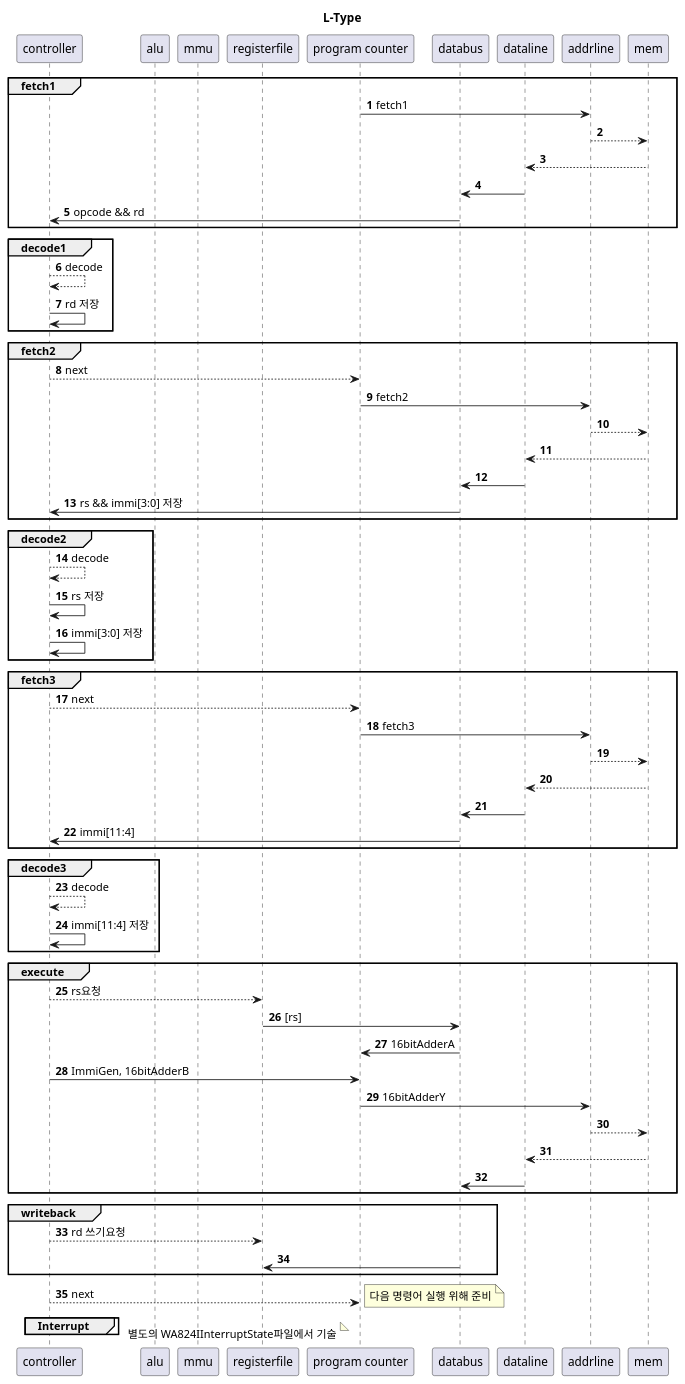
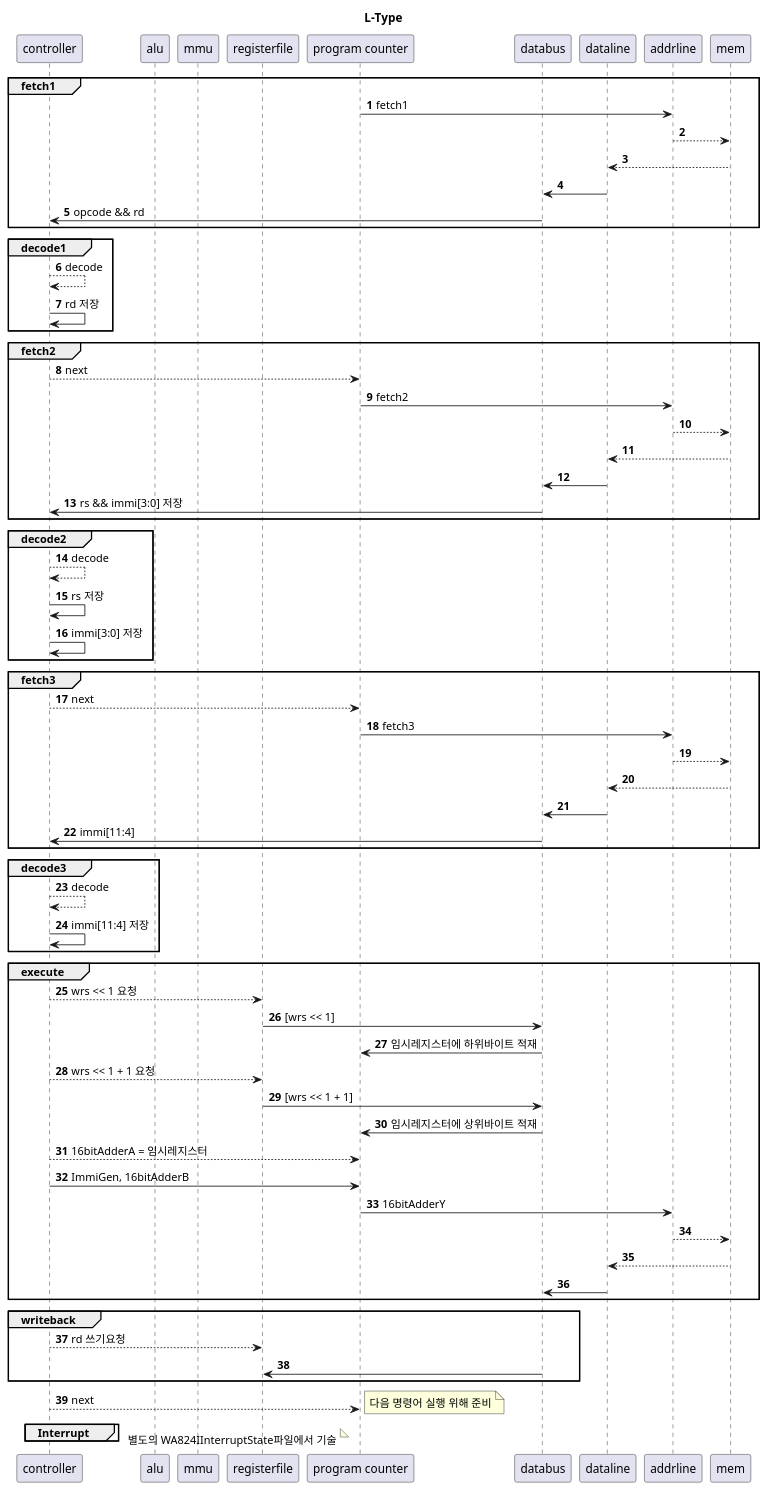
Before and after one commit to BeomjunKim-3p/wach: the diagram in wa824/docs/core/I/WA824ILTypeFlow.puml, drawn with PlantUML. The commit also changed 6 other files, not shown here.

Commit message:
Docs: fix control flow

```diff
--- a/wa824/docs/core/I/WA824ILTypeFlow.puml
+++ b/wa824/docs/core/I/WA824ILTypeFlow.puml
@@ -1,78 +1,82 @@
 @startuml
 title L-Type
 autonumber
 participant controller         as ct
 participant alu                as al
 participant mmu                as mm
 participant registerfile       as rf
 participant "program counter"  as pc
 participant databus            as db
 participant dataline           as dl
 participant addrline           as ad
 participant mem                as me
 
 group fetch1
   pc -> ad : fetch1
   ad --> me
   me --> dl
   dl -> db
   db -> ct : opcode && rd
 end
 
 group decode1
   ct --> ct : decode
   ct -> ct : rd 저장
 end
 
 group fetch2
   ct --> pc : next
   pc -> ad : fetch2
   ad --> me
   me --> dl
   dl -> db
   db -> ct : rs && immi[3:0] 저장
 end
 
 group decode2
   ct --> ct : decode
   ct -> ct : rs 저장
   ct -> ct : immi[3:0] 저장
 end
 
 group fetch3
   ct --> pc : next
   pc -> ad : fetch3
   ad --> me
   me --> dl
   dl -> db
   db -> ct : immi[11:4]
 end
 
 group decode3
   ct --> ct : decode
   ct -> ct : immi[11:4] 저장
 end
 
 group execute
-  ct --> rf : rs요청
-  rf -> db : [rs]
-  db -> pc : 16bitAdderA
+  ct --> rf : wrs << 1 요청
+  rf -> db : [wrs << 1]
+  db -> pc : 임시레지스터에 하위바이트 적재
+  ct --> rf : wrs << 1 + 1 요청
+  rf -> db : [wrs << 1 + 1]
+  db -> pc : 임시레지스터에 상위바이트 적재
+  ct --> pc : 16bitAdderA = 임시레지스터
   ct -> pc : ImmiGen, 16bitAdderB
   pc -> ad : 16bitAdderY
   ad --> me
   me --> dl
   dl -> db
 end
 
 group writeback
   ct --> rf : rd 쓰기요청
   db -> rf
 end
 
 ct --> pc : next
 note right: 다음 명령어 실행 위해 준비
 
 group Interrupt
 end
 note right: 별도의 WA824IInterruptState파일에서 기술
 @enduml
```
